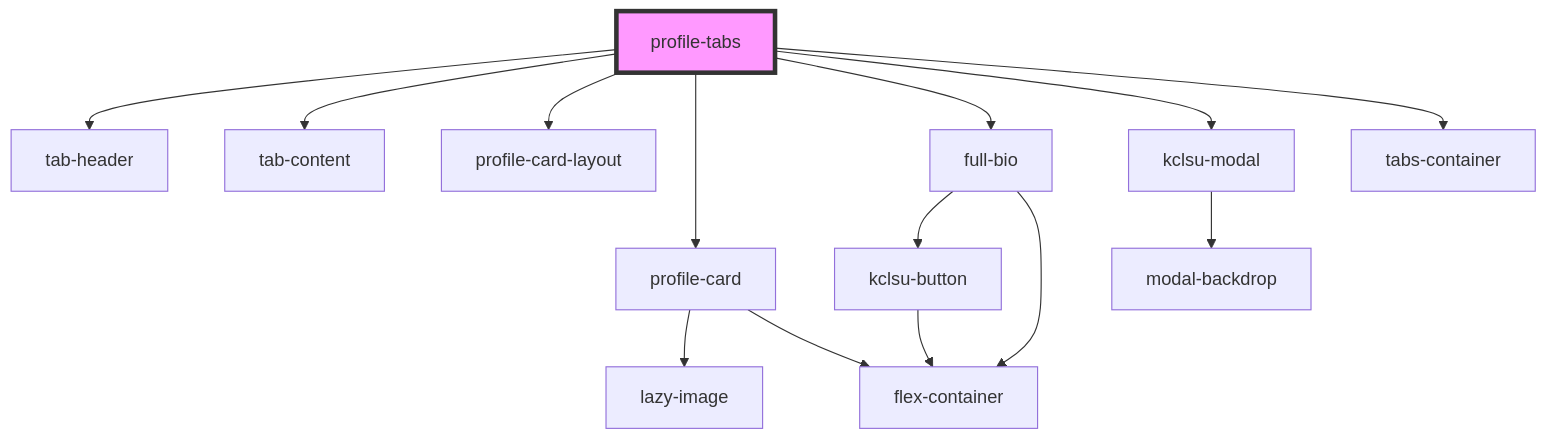
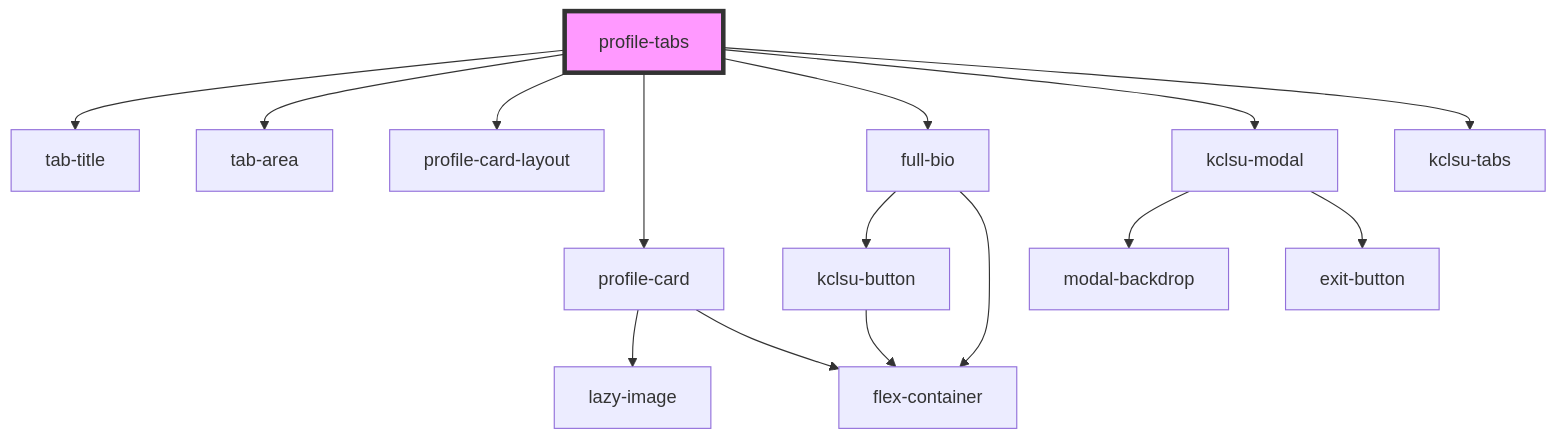
Before and after one commit to dev-kylo/component_library: the diagram in src/components/profiles/readme.md, drawn with Mermaid. The commit also changed other lines of this file and 32 other files, not shown here.

````diff
--- a/src/components/profiles/readme.md
+++ b/src/components/profiles/readme.md
@@ -33,17 +33,18 @@
 ```mermaid
 graph TD;
-  profile-tabs --> tab-header
-  profile-tabs --> tab-content
+  profile-tabs --> tab-title
+  profile-tabs --> tab-area
   profile-tabs --> profile-card-layout
   profile-tabs --> profile-card
   profile-tabs --> full-bio
   profile-tabs --> kclsu-modal
-  profile-tabs --> tabs-container
+  profile-tabs --> kclsu-tabs
   profile-card --> lazy-image
   profile-card --> flex-container
   full-bio --> kclsu-button
   full-bio --> flex-container
   kclsu-button --> flex-container
   kclsu-modal --> modal-backdrop
+  kclsu-modal --> exit-button
   style profile-tabs fill:#f9f,stroke:#333,stroke-width:4px
 ```
````
